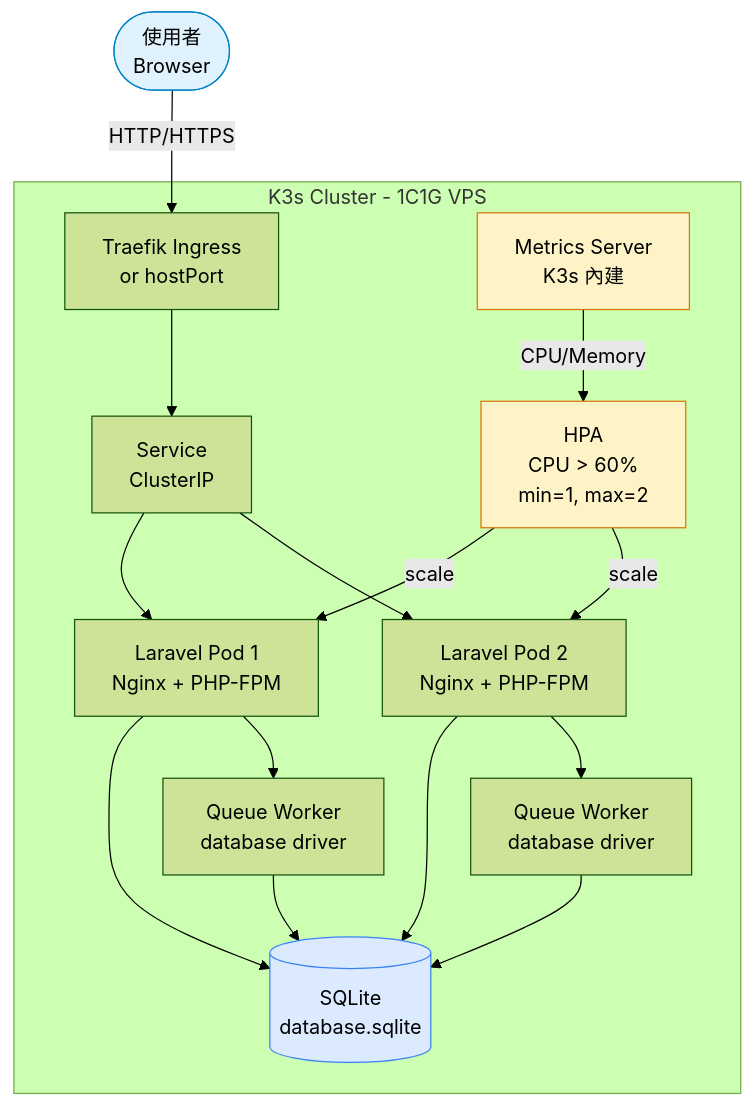
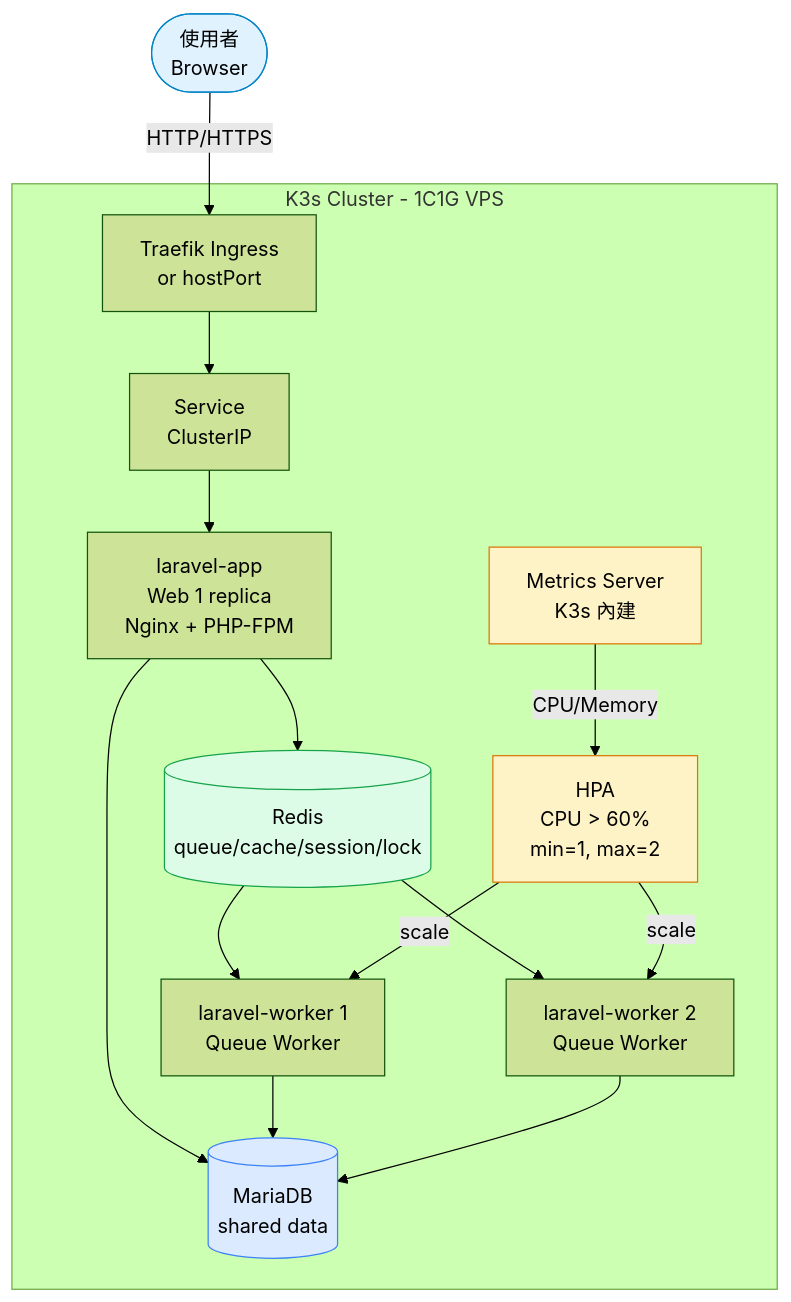
The first of 3 diagrams in docs/architecture.md (chang180/pi-k3s), drawn with Mermaid (forest theme) before and after one commit. The commit also changed other lines of this file and 34 other files, not shown here.

Commit message:
Add worker HPA Redis production setup

````diff
--- a/docs/architecture.md
+++ b/docs/architecture.md
@@ -5,28 +5,27 @@
 ```mermaid
 graph TB
     User([使用者<br/>Browser]) -->|HTTP/HTTPS| Ingress[Traefik Ingress<br/>or hostPort]
 
     subgraph K3s Cluster [K3s Cluster - 1C1G VPS]
         Ingress --> SVC[Service<br/>ClusterIP]
-        SVC --> Pod1[Laravel Pod 1<br/>Nginx + PHP-FPM]
-        SVC --> Pod2[Laravel Pod 2<br/>Nginx + PHP-FPM]
+        SVC --> Web[laravel-app<br/>Web 1 replica<br/>Nginx + PHP-FPM]
 
-        Pod1 --> SQLite[(SQLite<br/>database.sqlite)]
-        Pod2 --> SQLite
+        Web --> DB[(MariaDB<br/>shared data)]
+        Web --> Redis[(Redis<br/>queue/cache/session/lock)]
 
-        Pod1 --> QueueWorker1[Queue Worker<br/>database driver]
-        Pod2 --> QueueWorker2[Queue Worker<br/>database driver]
+        Redis --> Worker1[laravel-worker 1<br/>Queue Worker]
+        Redis --> Worker2[laravel-worker 2<br/>Queue Worker]
+        Worker1 --> DB
+        Worker2 --> DB
 
-        QueueWorker1 --> SQLite
-        QueueWorker2 --> SQLite
-
-        HPA[HPA<br/>CPU > 60%<br/>min=1, max=2] -->|scale| Pod1
-        HPA -->|scale| Pod2
+        HPA[HPA<br/>CPU > 60%<br/>min=1, max=2] -->|scale| Worker1
+        HPA -->|scale| Worker2
         MetricsServer[Metrics Server<br/>K3s 內建] -->|CPU/Memory| HPA
     end
 
     style User fill:#e0f2fe,stroke:#0284c7
     style HPA fill:#fef3c7,stroke:#d97706
     style MetricsServer fill:#fef3c7,stroke:#d97706
-    style SQLite fill:#dbeafe,stroke:#3b82f6
+    style DB fill:#dbeafe,stroke:#3b82f6
+    style Redis fill:#dcfce7,stroke:#16a34a
 ```
````
